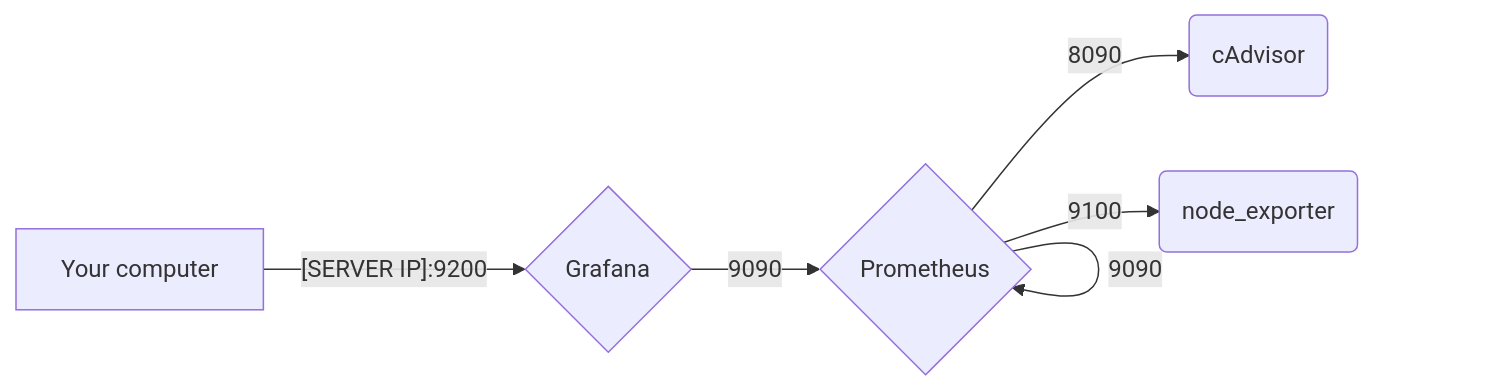
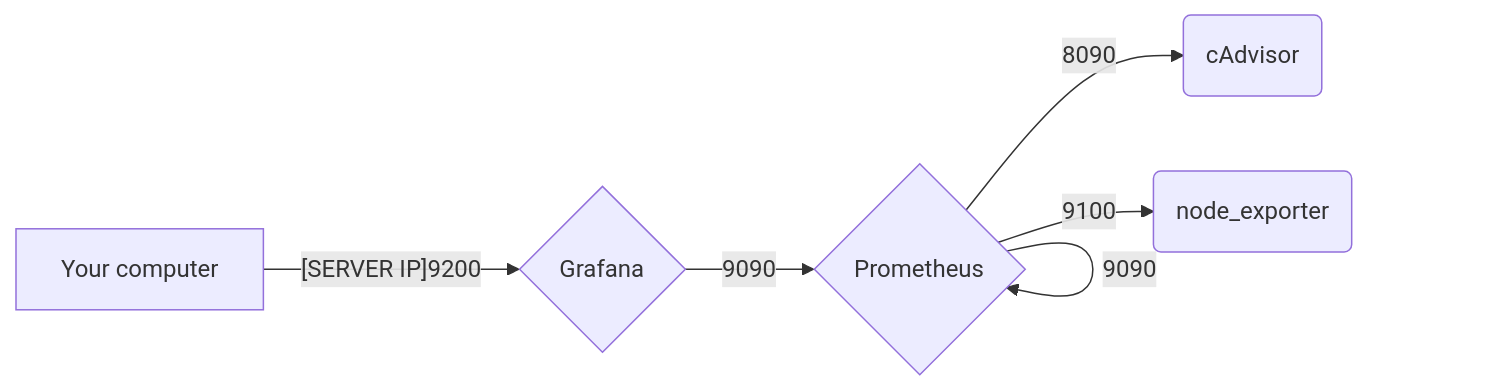
One commit to YR72dpi/debianMonitoring changed the diagram in README.md. Above: the diagram before and after it, drawn with Mermaid.

Commit message:
fix: mermaid error

````diff
--- a/README.md
+++ b/README.md
@@ -13,16 +13,14 @@
 ```mermaid
 graph LR
 grafana{Grafana}
 prometheus{Prometheus}
 cAdvisor(cAdvisor)
 node_exporter(node_exporter)
 computer[Your computer]
 
-    prometheus --8090--> cAdvisor
-    prometheus --9100--> node_exporter
-    prometheus --9090--> prometheus
-    grafana --9090--> prometheus
-
-
-computer --[SERVER IP]:9200--> grafana
+prometheus --8090--> cAdvisor
+prometheus --9100--> node_exporter
+prometheus --9090--> prometheus
+grafana --9090--> prometheus
+computer --[SERVER IP]9200--> grafana
 ```
````
